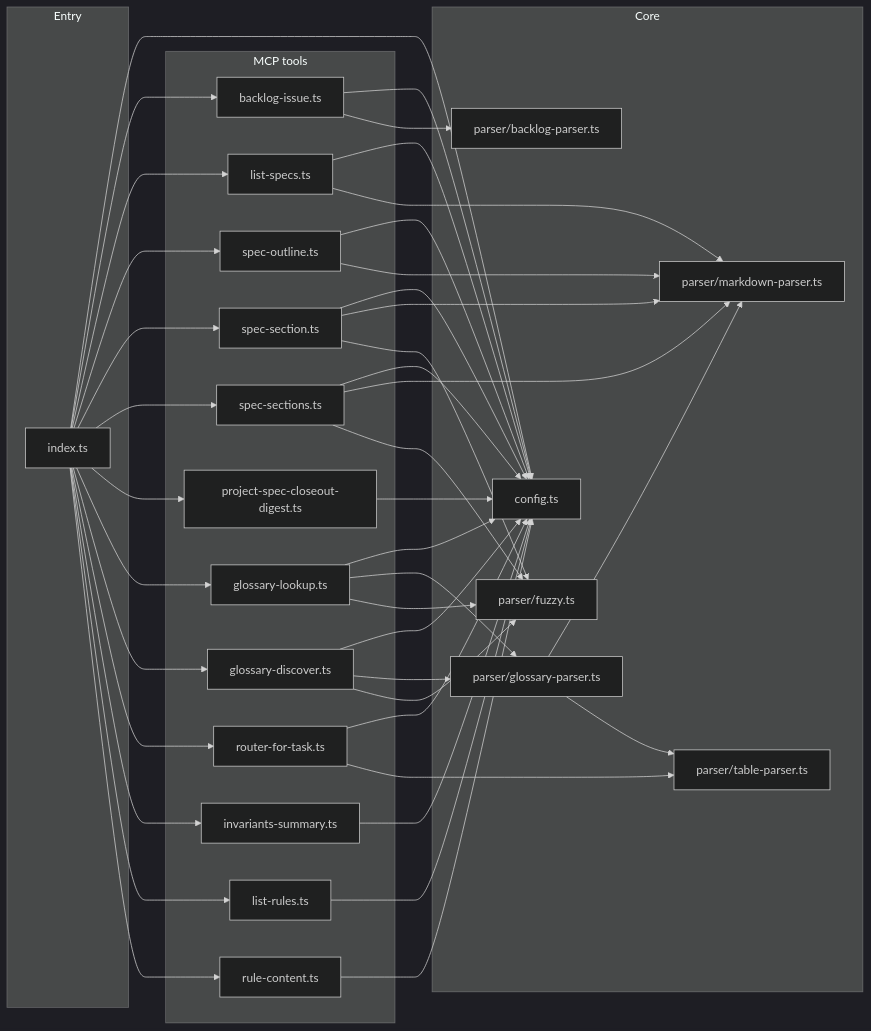
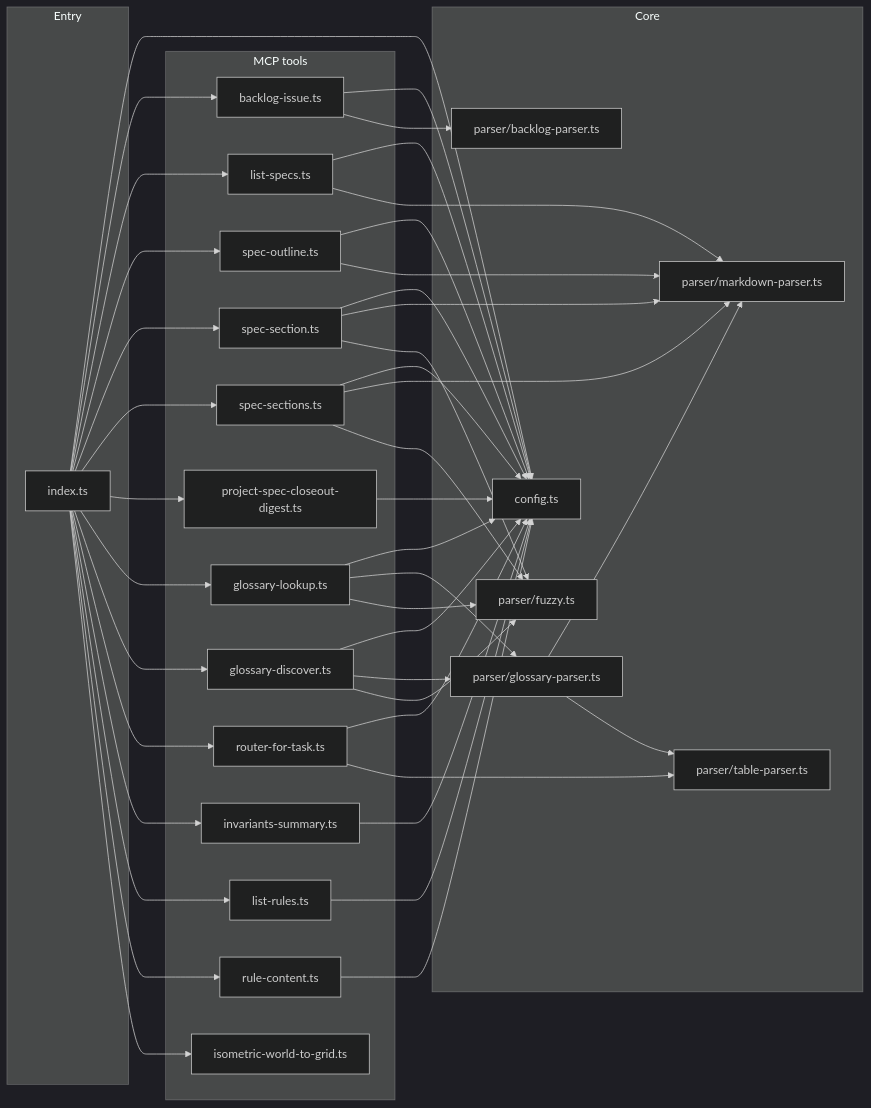
One commit to jiramos87/TerritoryDeveloper changed the diagram in tools/mcp-ia-server/README.md. Above: the diagram before and after it, drawn with Mermaid (dark theme). The commit also changed other lines of this file and 37 other files, not shown here.

````diff
--- a/tools/mcp-ia-server/README.md
+++ b/tools/mcp-ia-server/README.md
@@ -88,67 +90,69 @@
 ```mermaid
 flowchart LR
   subgraph entry [Entry]
     IDX[index.ts]
   end
   subgraph core [Core]
     CFG[config.ts]
     PAR[parser/markdown-parser.ts]
     FZ[parser/fuzzy.ts]
     TP[parser/table-parser.ts]
     GP[parser/glossary-parser.ts]
     BKP[parser/backlog-parser.ts]
   end
   subgraph mcp [MCP tools]
     BI[backlog-issue.ts]
     LS[list-specs.ts]
     SO[spec-outline.ts]
     SS[spec-section.ts]
     SSB[spec-sections.ts]
     PSD[project-spec-closeout-digest.ts]
     GL[glossary-lookup.ts]
     GD[glossary-discover.ts]
     RF[router-for-task.ts]
     IS[invariants-summary.ts]
     LR[list-rules.ts]
     RC[rule-content.ts]
+    IW[isometric-world-to-grid.ts]
   end
   IDX --> CFG
   IDX --> BI
   IDX --> LS
   IDX --> SO
   IDX --> SS
   IDX --> SSB
   IDX --> PSD
   IDX --> GL
   IDX --> GD
   IDX --> RF
   IDX --> IS
   IDX --> LR
   IDX --> RC
+  IDX --> IW
   LS --> CFG
   LS --> PAR
   SO --> CFG
   SO --> PAR
   SS --> CFG
   SS --> PAR
   SS --> FZ
   SSB --> CFG
   SSB --> PAR
   SSB --> FZ
   PSD --> CFG
   GL --> CFG
   GL --> GP
   GL --> FZ
   GD --> CFG
   GD --> GP
   GD --> FZ
   RF --> CFG
   RF --> TP
   IS --> CFG
   LR --> CFG
   RC --> CFG
   BI --> CFG
   BI --> BKP
   GP --> PAR
   GP --> TP
 ```
````
